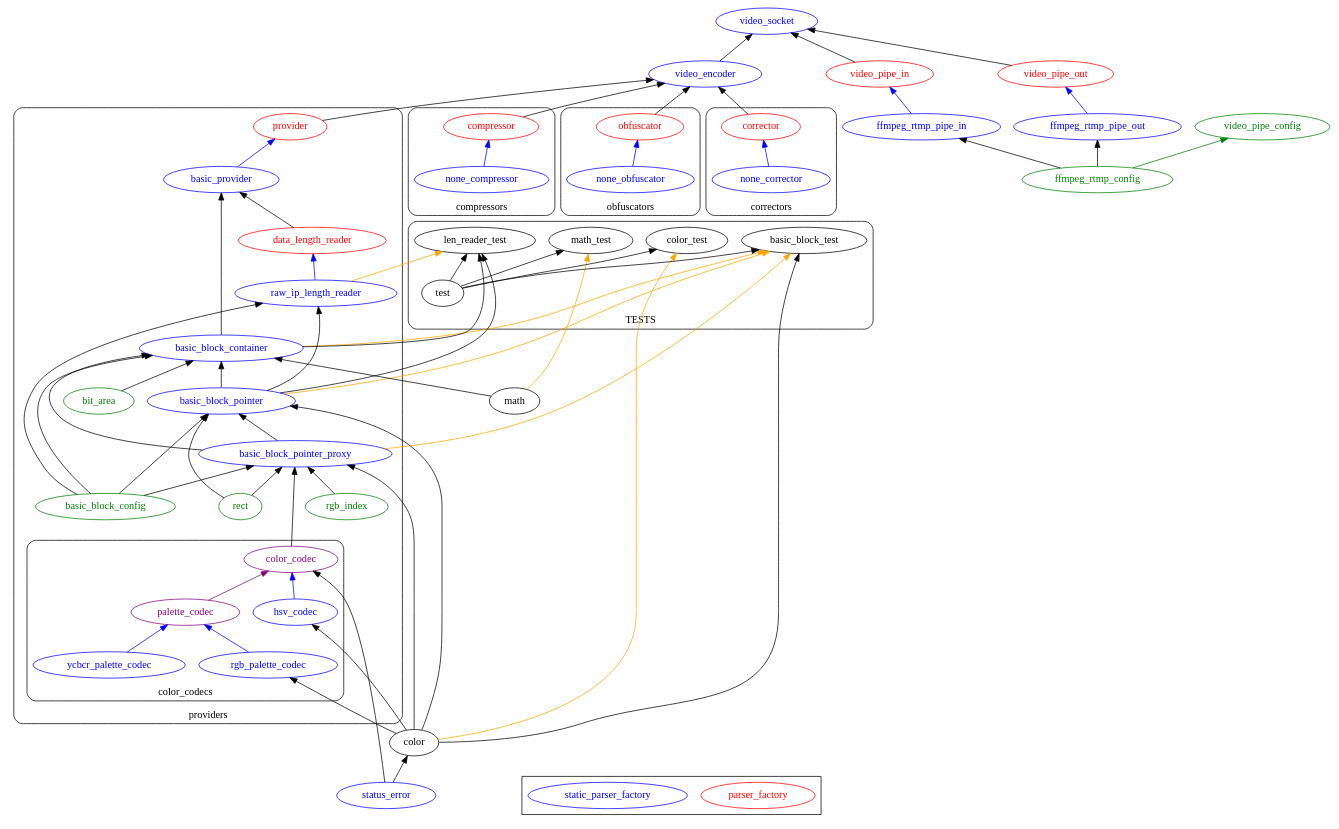
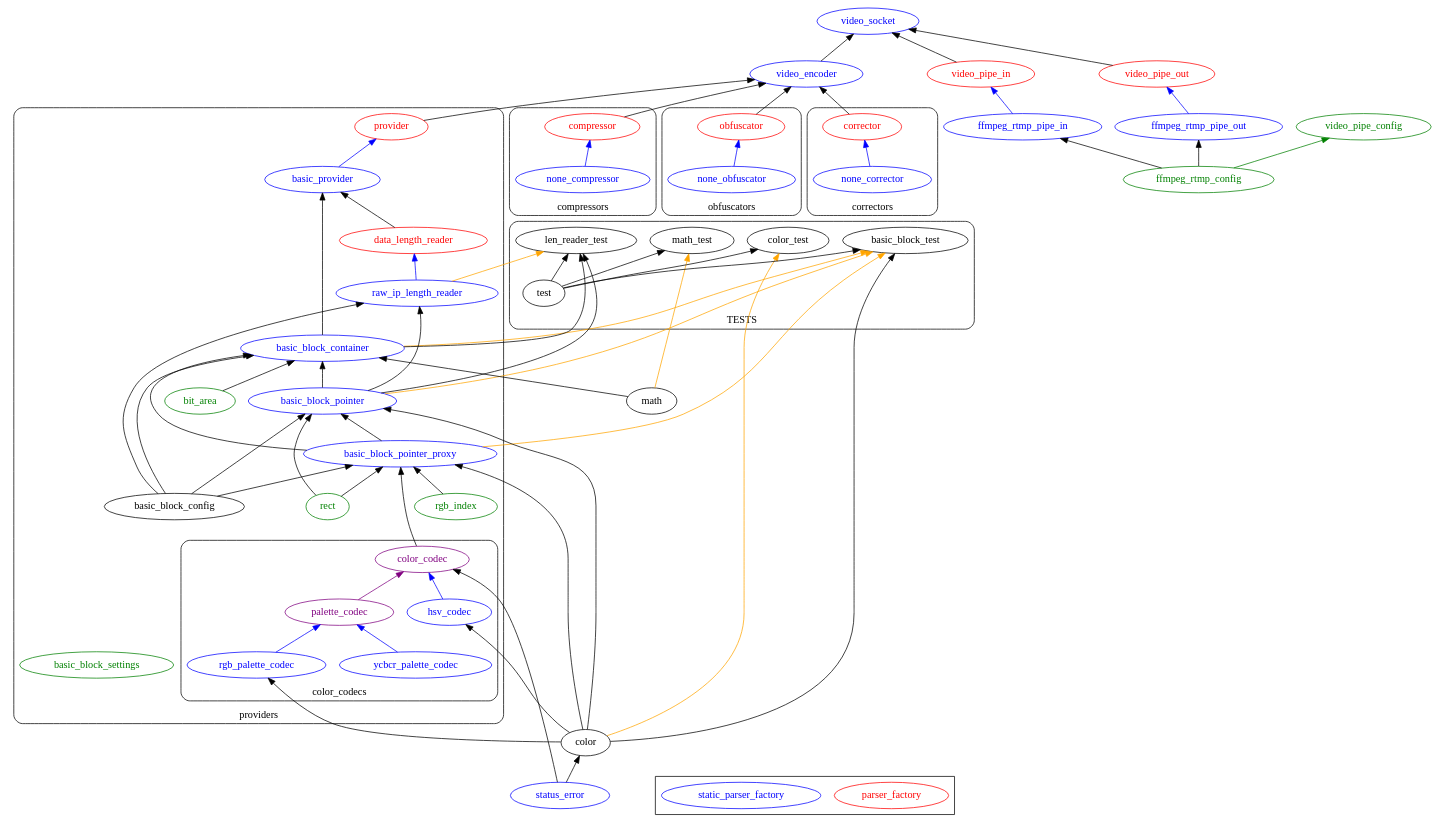
Before and after one commit to libera-cifero/Korra: the diagram in docs/architecture.dot, drawn with Graphviz. The commit also changed 100 other files, not shown here.

```diff
--- a/docs/architecture.dot
+++ b/docs/architecture.dot
@@ -41,7 +41,7 @@
 
                     bit_area->basic_block_container;              
                     
-                    basic_block_config [color=green;fontcolor=green;];
+                    basic_block_settings [color=green;fontcolor=green;];
                     rect [color=green;fontcolor=green;];
                     rgb_index[color=green;fontcolor=green;];
                     
```
